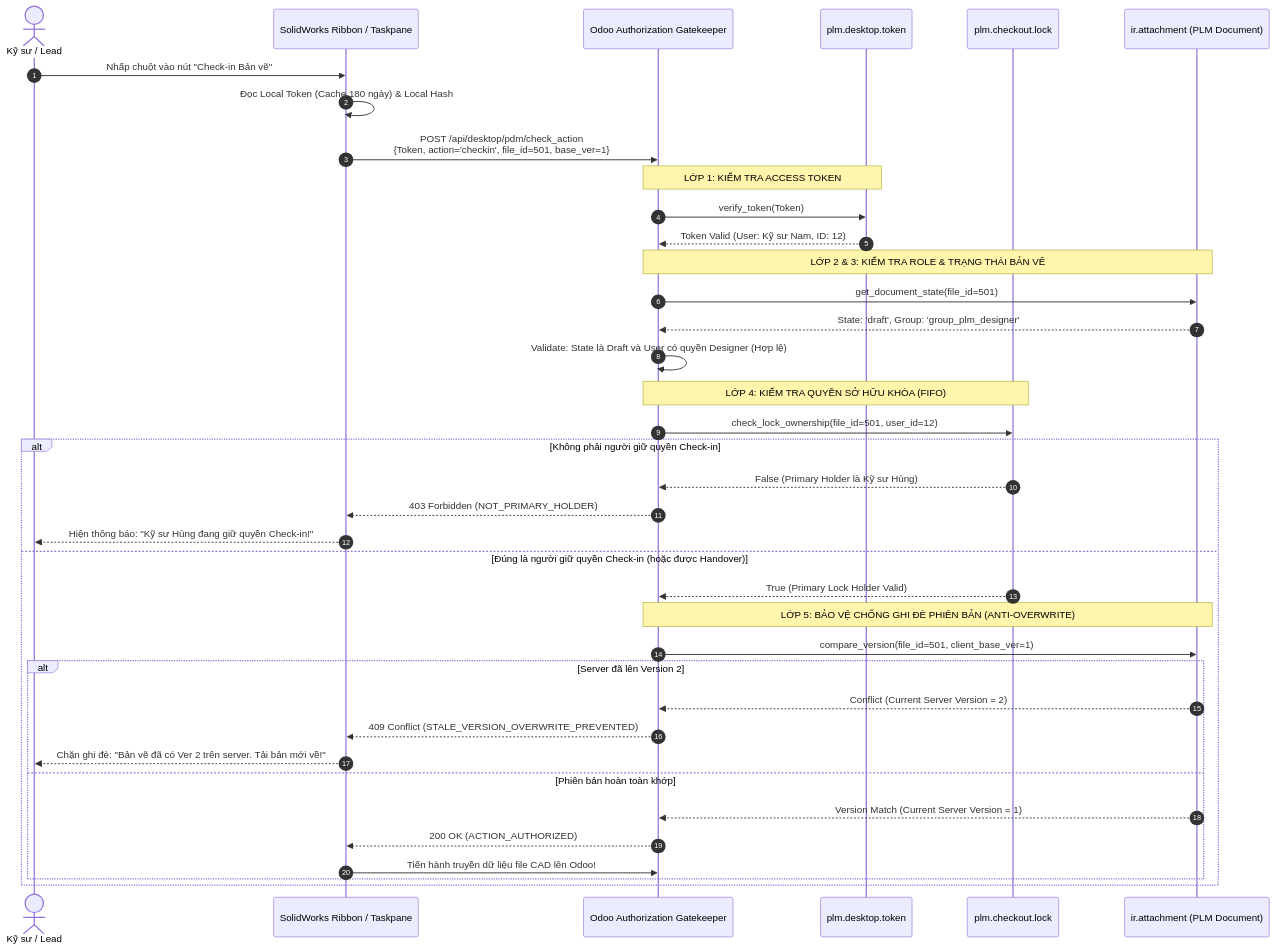
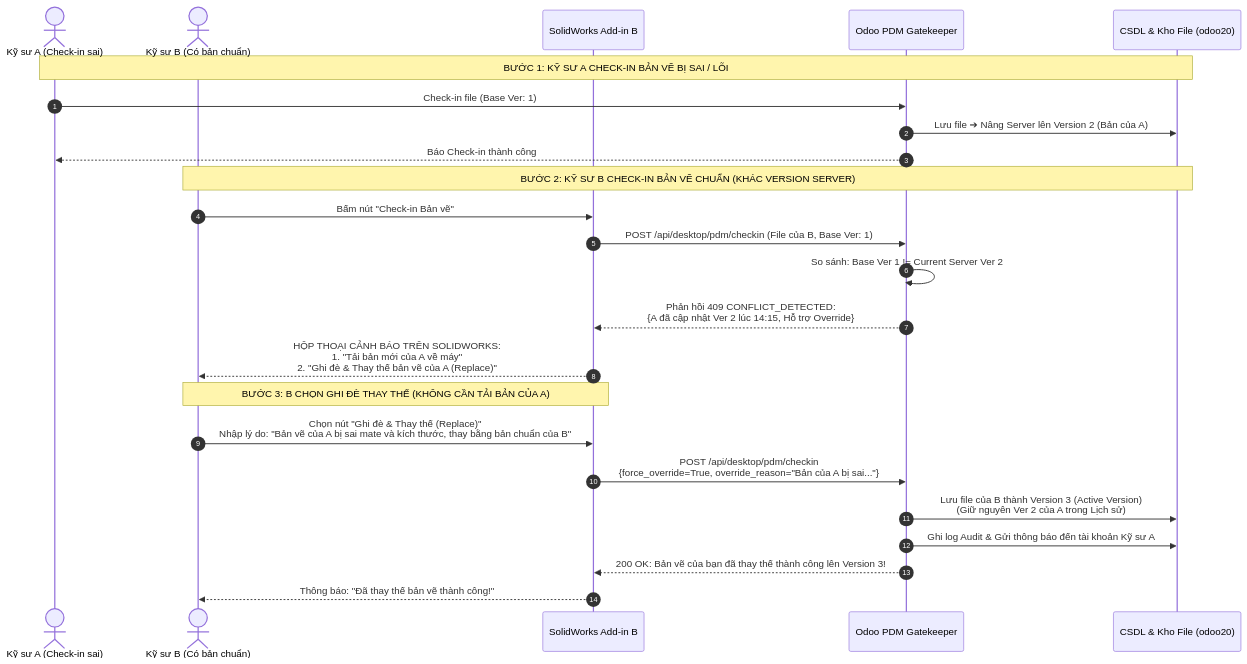
Before and after one commit to tdbsolutionit/Odoo20: the second of 5 diagrams in SolidWorks_PDM_Authorization_Framework.md, drawn with Mermaid. The commit also changed other lines of this file, not shown here.

Commit message:
docs: cap nhat bao cao kien truc phan quyen PDM va co che ghi de thay the

````diff
--- a/SolidWorks_PDM_Authorization_Framework.md
+++ b/SolidWorks_PDM_Authorization_Framework.md
@@ -76,45 +79,33 @@
 ```mermaid
 sequenceDiagram
     autonumber
-    actor User as Kỹ sư / Lead
-    participant SW as SolidWorks Ribbon / Taskpane
-    participant Gatekeeper as Odoo Authorization Gatekeeper
-    participant TokenService as plm.desktop.token
-    participant LockService as plm.checkout.lock
-    participant StateService as ir.attachment (PLM Document)
+    actor EngA as Kỹ sư A (Check-in sai)
+    actor EngB as Kỹ sư B (Có bản chuẩn)
+    participant SWB as SolidWorks Add-in B
+    participant Gatekeeper as Odoo PDM Gatekeeper
+    participant DB as CSDL & Kho File (odoo20)
 
-    User->>SW: Nhấp chuột vào nút "Check-in Bản vẽ"
-    SW->>SW: Đọc Local Token (Cache 180 ngày) & Local Hash
-    SW->>Gatekeeper: POST /api/desktop/pdm/check_action<br>{Token, action='checkin', file_id=501, base_ver=1}
+    Note over EngA, DB: BƯỚC 1: KỸ SƯ A CHECK-IN BẢN VẼ BỊ SAI / LỖI
+    EngA->>Gatekeeper: Check-in file (Base Ver: 1)
+    Gatekeeper->>DB: Lưu file ➔ Nâng Server lên Version 2 (Bản của A)
+    Gatekeeper-->>EngA: Báo Check-in thành công
 
-    Note over Gatekeeper, TokenService: LỚP 1: KIỂM TRA ACCESS TOKEN
-    Gatekeeper->>TokenService: verify_token(Token)
-    TokenService-->>Gatekeeper: Token Valid (User: Kỹ sư Nam, ID: 12)
+    Note over EngB, DB: BƯỚC 2: KỸ SƯ B CHECK-IN BẢN VẼ CHUẨN (KHÁC VERSION SERVER)
+    EngB->>SWB: Bấm nút "Check-in Bản vẽ"
+    SWB->>Gatekeeper: POST /api/desktop/pdm/checkin (File của B, Base Ver: 1)
+    
+    Gatekeeper->>Gatekeeper: So sánh: Base Ver 1 != Current Server Ver 2
+    Gatekeeper-->>SWB: Phản hồi 409 CONFLICT_DETECTED:<br>{A đã cập nhật Ver 2 lúc 14:15, Hỗ trợ Override}
 
-    Note over Gatekeeper, StateService: LỚP 2 & 3: KIỂM TRA ROLE & TRẠNG THÁI BẢN VẼ
-    Gatekeeper->>StateService: get_document_state(file_id=501)
-    StateService-->>Gatekeeper: State: 'draft', Group: 'group_plm_designer'
-    Gatekeeper->>Gatekeeper: Validate: State là Draft và User có quyền Designer (Hợp lệ)
+    SWB-->>EngB: HỘP THOẠI CẢNH BÁO TRÊN SOLIDWORKS:<br>1. "Tải bản mới của A về máy"<br>2. "Ghi đè & Thay thế bản vẽ của A (Replace)"
 
-    Note over Gatekeeper, LockService: LỚP 4: KIỂM TRA QUYỀN SỞ HỮU KHÓA (FIFO)
-    Gatekeeper->>LockService: check_lock_ownership(file_id=501, user_id=12)
-    alt Không phải người giữ quyền Check-in
-        LockService-->>Gatekeeper: False (Primary Holder là Kỹ sư Hùng)
-        Gatekeeper-->>SW: 403 Forbidden (NOT_PRIMARY_HOLDER)
-        SW-->>User: Hiện thông báo: "Kỹ sư Hùng đang giữ quyền Check-in!"
-    else Đúng là người giữ quyền Check-in (hoặc được Handover)
-        LockService-->>Gatekeeper: True (Primary Lock Holder Valid)
+    Note over EngB, SWB: BƯỚC 3: B CHỌN GHI ĐÈ THAY THẾ (KHÔNG CẦN TẢI BẢN CỦA A)
+    EngB->>SWB: Chọn nút "Ghi đè & Thay thế (Replace)"<br>Nhập lý do: "Bản vẽ của A bị sai mate và kích thước, thay bằng bản chuẩn của B"
+    
+    SWB->>Gatekeeper: POST /api/desktop/pdm/checkin<br>{force_override=True, override_reason="Bản của A bị sai..."}
 
-        Note over Gatekeeper, StateService: LỚP 5: BẢO VỆ CHỐNG GHI ĐÈ PHIÊN BẢN (ANTI-OVERWRITE)
-        Gatekeeper->>StateService: compare_version(file_id=501, client_base_ver=1)
-        alt Server đã lên Version 2
-            StateService-->>Gatekeeper: Conflict (Current Server Version = 2)
-            Gatekeeper-->>SW: 409 Conflict (STALE_VERSION_OVERWRITE_PREVENTED)
-            SW-->>User: Chặn ghi đè: "Bản vẽ đã có Ver 2 trên server. Tải bản mới về!"
-        else Phiên bản hoàn toàn khớp
-            StateService-->>Gatekeeper: Version Match (Current Server Version = 1)
-            Gatekeeper-->>SW: 200 OK (ACTION_AUTHORIZED)
-            SW->>Gatekeeper: Tiến hành truyền dữ liệu file CAD lên Odoo!
-        end
-    end
+    Gatekeeper->>DB: Lưu file của B thành Version 3 (Active Version)<br>(Giữ nguyên Ver 2 của A trong Lịch sử)
+    Gatekeeper->>DB: Ghi log Audit & Gửi thông báo đến tài khoản Kỹ sư A
+    Gatekeeper-->>SWB: 200 OK: Bản vẽ của bạn đã thay thế thành công lên Version 3!
+    SWB-->>EngB: Thông báo: "Đã thay thế bản vẽ thành công!"
 ```
````
